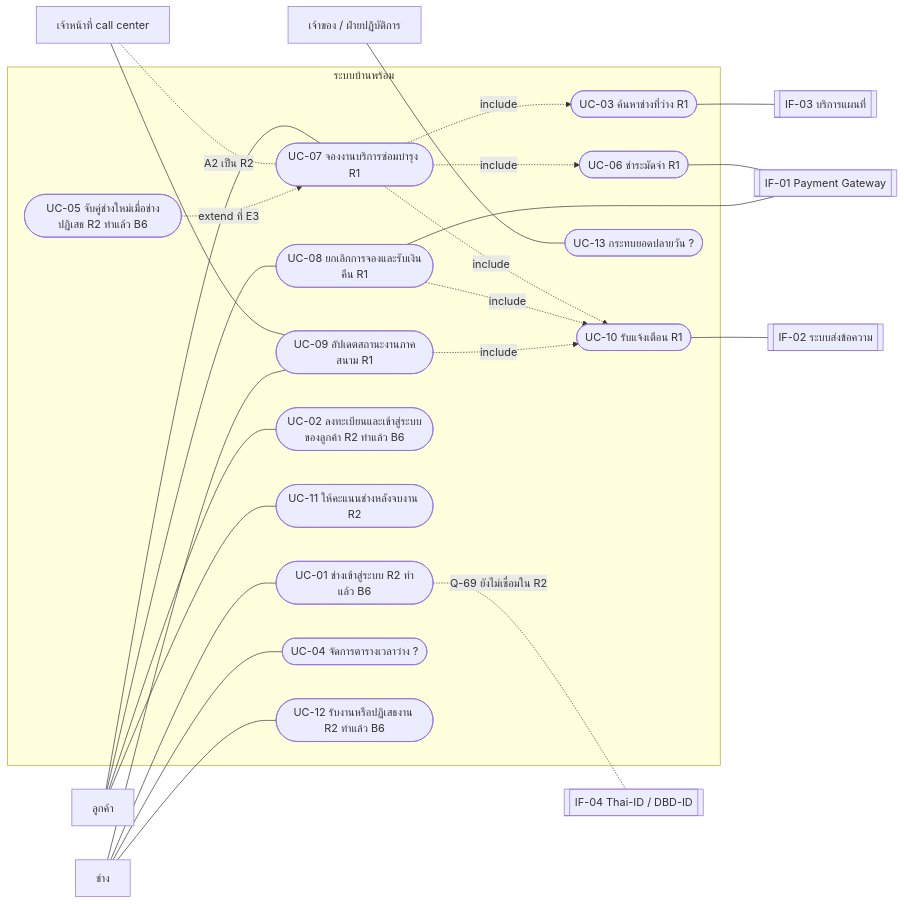
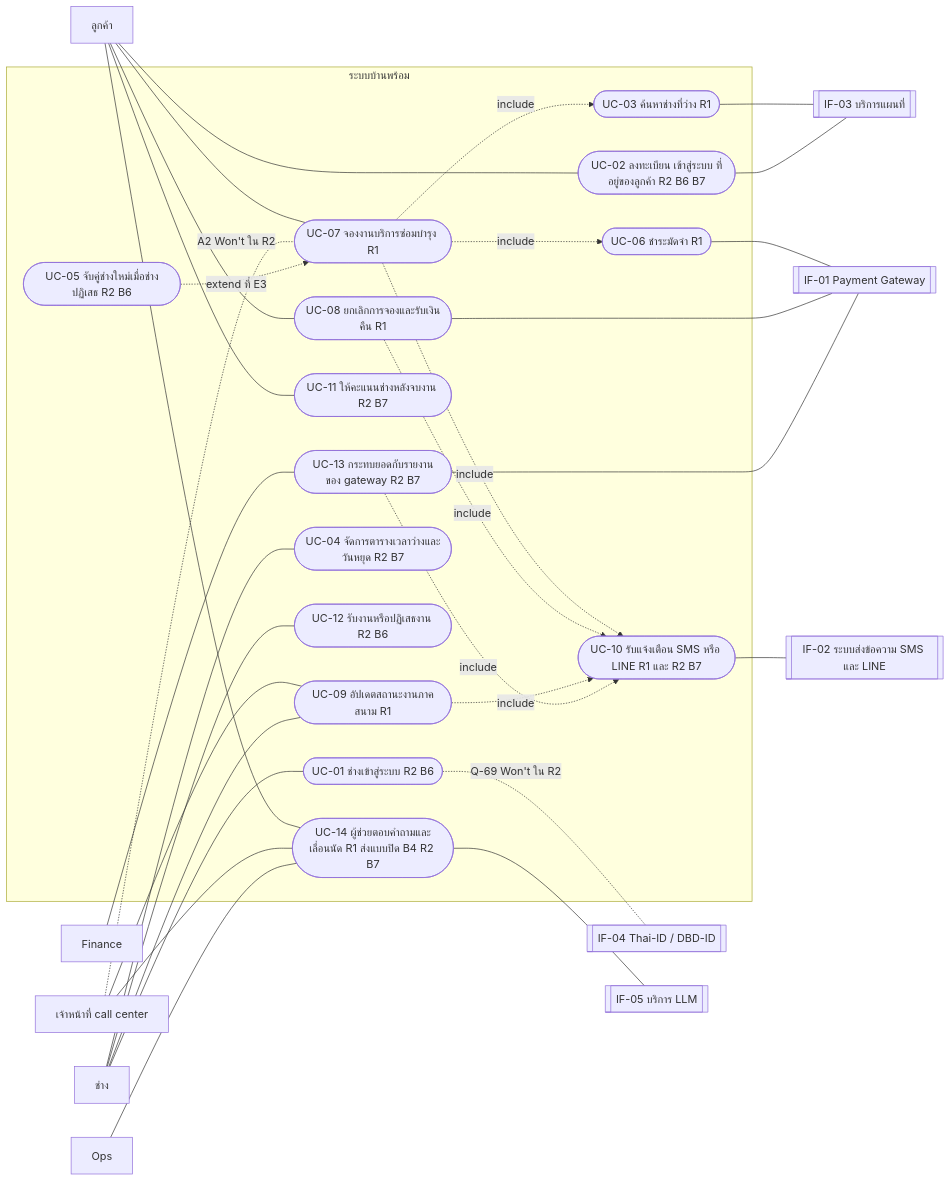
The first of 6 diagrams in docs/srs/models.md (ppsajja/baanprom-sdd-08-complete), drawn with Mermaid before and after one commit. The commit also changed other lines of this file and 196 other files, not shown here.

````diff
--- a/docs/srs/models.md
+++ b/docs/srs/models.md
@@ -24,48 +24,58 @@
 ```mermaid
 flowchart LR
   C[ลูกค้า]
   T[ช่าง]
   CC[เจ้าหน้าที่ call center]
-  OP[เจ้าของ / ฝ่ายปฏิบัติการ]
+  FIN[Finance]
+  OPS[Ops]
   subgraph SYS[ระบบบ้านพร้อม]
     U07([UC-07 จองงานบริการซ่อมบำรุง R1])
     U03([UC-03 ค้นหาช่างที่ว่าง R1])
     U06([UC-06 ชำระมัดจำ R1])
-    U10([UC-10 รับแจ้งเตือน R1])
+    U10([UC-10 รับแจ้งเตือน SMS หรือ LINE R1 และ R2 B7])
     U08([UC-08 ยกเลิกการจองและรับเงินคืน R1])
     U09([UC-09 อัปเดตสถานะงานภาคสนาม R1])
-    U05([UC-05 จับคู่ช่างใหม่เมื่อช่างปฏิเสธ R2 ทำแล้ว B6])
-    U02([UC-02 ลงทะเบียนและเข้าสู่ระบบของลูกค้า R2 ทำแล้ว B6])
-    U11([UC-11 ให้คะแนนช่างหลังจบงาน R2])
-    U01([UC-01 ช่างเข้าสู่ระบบ R2 ทำแล้ว B6])
-    U04([UC-04 จัดการตารางเวลาว่าง ?])
-    U12([UC-12 รับงานหรือปฏิเสธงาน R2 ทำแล้ว B6])
-    U13([UC-13 กระทบยอดปลายวัน ?])
+    U05([UC-05 จับคู่ช่างใหม่เมื่อช่างปฏิเสธ R2 B6])
+    U02([UC-02 ลงทะเบียน เข้าสู่ระบบ ที่อยู่ของลูกค้า R2 B6 B7])
+    U11([UC-11 ให้คะแนนช่างหลังจบงาน R2 B7])
+    U01([UC-01 ช่างเข้าสู่ระบบ R2 B6])
+    U04([UC-04 จัดการตารางเวลาว่างและวันหยุด R2 B7])
+    U12([UC-12 รับงานหรือปฏิเสธงาน R2 B6])
+    U13([UC-13 กระทบยอดกับรายงานของ gateway R2 B7])
+    U14([UC-14 ผู้ช่วยตอบคำถามและเลื่อนนัด R1 ส่งแบบปิด B4 R2 B7])
   end
   PG[[IF-01 Payment Gateway]]
-  SMS[[IF-02 ระบบส่งข้อความ]]
+  SMS[[IF-02 ระบบส่งข้อความ SMS และ LINE]]
   MAP[[IF-03 บริการแผนที่]]
   ID[[IF-04 Thai-ID / DBD-ID]]
+  LLM[[IF-05 บริการ LLM]]
   C --- U07
   C --- U08
   C --- U02
   C --- U11
-  CC -.-|A2 เป็น R2| U07
+  C --- U14
+  CC -.-|A2 Won't ใน R2| U07
   CC --- U09
+  CC --- U14
   T --- U09
   T --- U01
   T --- U04
   T --- U12
-  OP --- U13
+  FIN --- U13
+  OPS --- U14
   U07 -.->|include| U03
   U07 -.->|include| U06
   U07 -.->|include| U10
   U08 -.->|include| U10
   U09 -.->|include| U10
+  U13 -.->|include| U10
   U05 -.->|extend ที่ E3| U07
   U06 --- PG
   U08 --- PG
+  U13 --- PG
   U10 --- SMS
   U03 --- MAP
-  U01 -.-|Q-69 ยังไม่เชื่อมใน R2| ID
+  U02 --- MAP
+  U14 --- LLM
+  U01 -.-|Q-69 Won't ใน R2| ID
 ```
````
